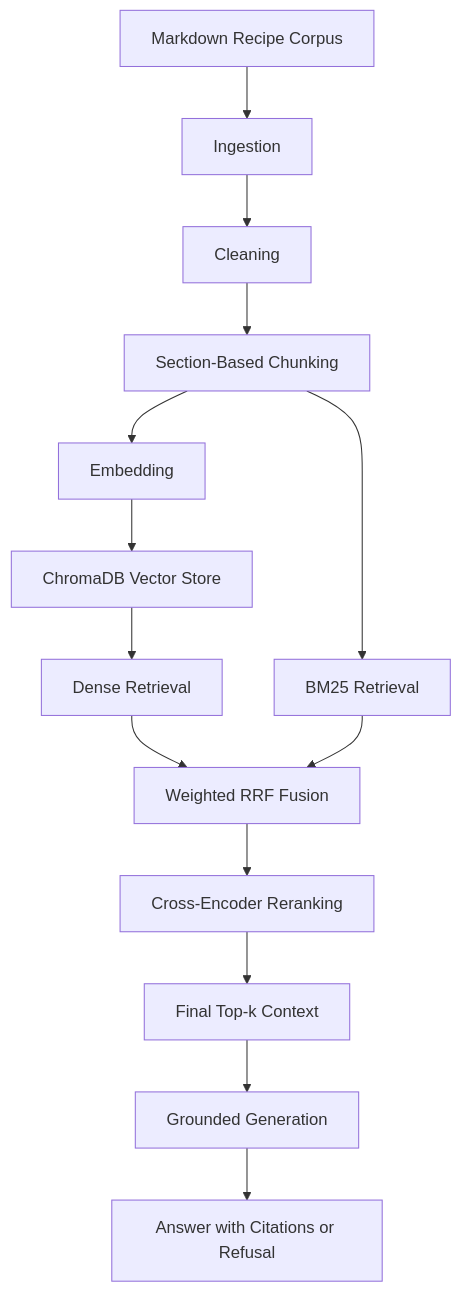
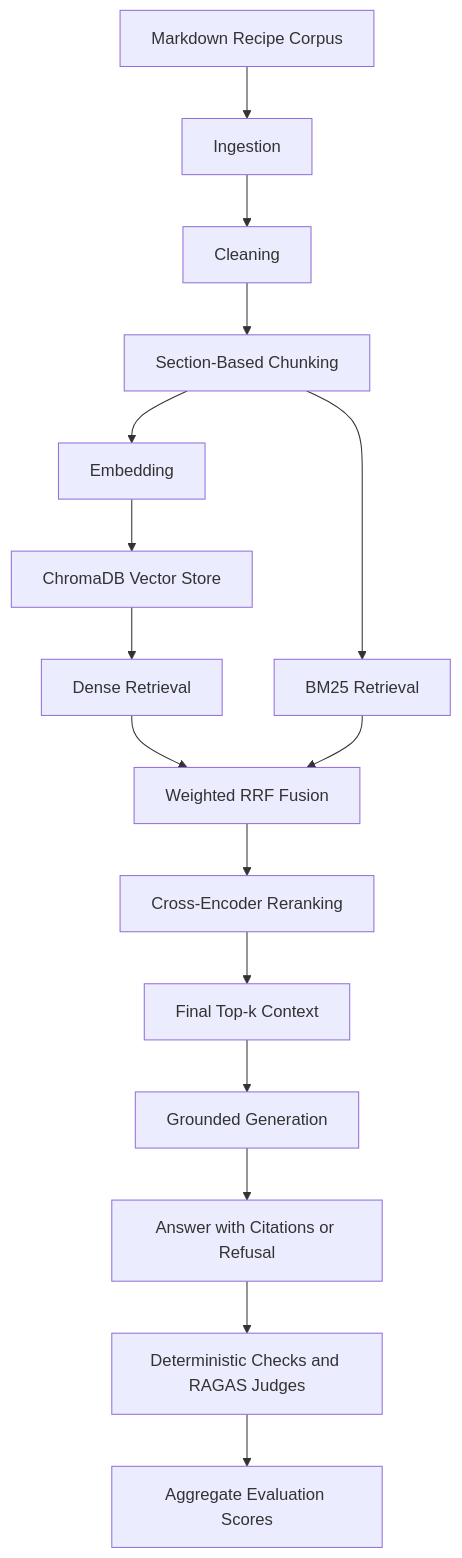
The diagram in README.md (usermangcut-ai/mini-rag-project), drawn with Mermaid before and after one commit. The commit also changed other lines of this file and 8 other files, not shown here.

````diff
--- a/README.md
+++ b/README.md
@@ -17,30 +17,34 @@
 ```mermaid
 flowchart TD
     A[Markdown Recipe Corpus]
     B[Ingestion]
     C[Cleaning]
     D[Section-Based Chunking]
     E[Embedding]
     F[ChromaDB Vector Store]
     G[Dense Retrieval]
     H[BM25 Retrieval]
     I[Weighted RRF Fusion]
     J[Cross-Encoder Reranking]
     K[Final Top-k Context]
     L[Grounded Generation]
     M[Answer with Citations or Refusal]
+    N[Deterministic Checks and RAGAS Judges]
+    O[Aggregate Evaluation Scores]
 
     A --> B
     B --> C
     C --> D
     D --> E
     E --> F
     F --> G
     D --> H
     G --> I
     H --> I
     I --> J
     J --> K
     K --> L
     L --> M
+    M --> N
+    N --> O
 ```
````
